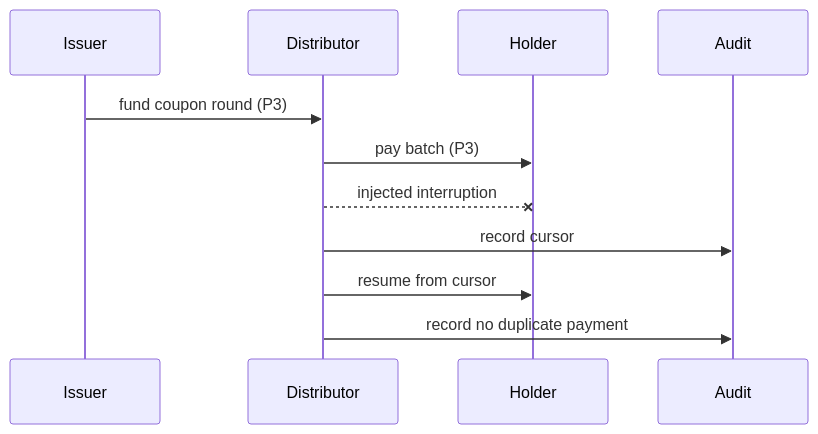
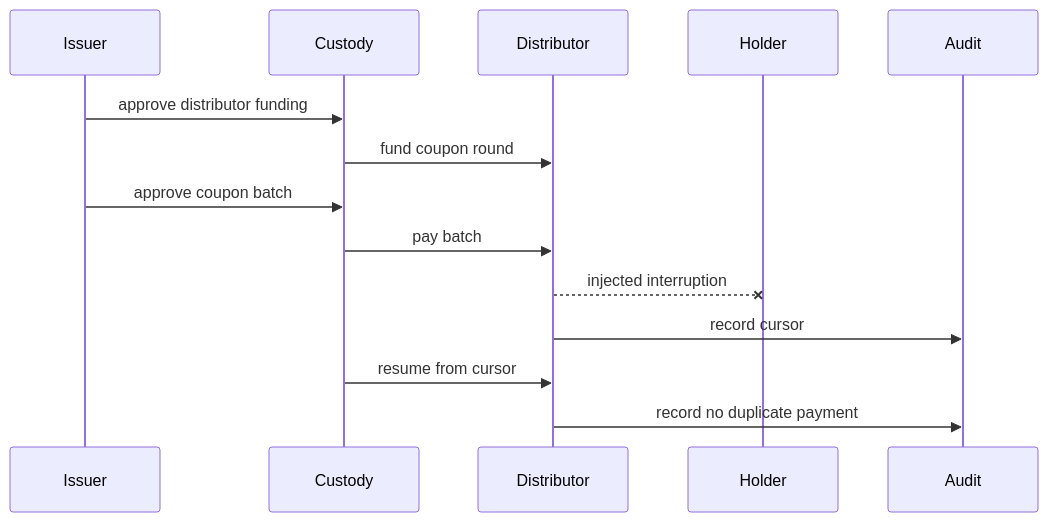
The fourth of 4 diagrams in ARCHITECTURE.md (vishnugovind10/tokenize-stack), drawn with Mermaid before and after one commit. The commit also changed other lines of this file and 9 other files, not shown here.

Commit message:
feat(coupon): route distributor batches through custody

````diff
--- a/ARCHITECTURE.md
+++ b/ARCHITECTURE.md
@@ -76,13 +76,16 @@
 ```mermaid
 sequenceDiagram
     participant Issuer
+    participant Custody
     participant Distributor
     participant Holder
     participant Audit
-    Issuer->>Distributor: fund coupon round (P3)
-    Distributor->>Holder: pay batch (P3)
+    Issuer->>Custody: approve distributor funding
+    Custody->>Distributor: fund coupon round
+    Issuer->>Custody: approve coupon batch
+    Custody->>Distributor: pay batch
     Distributor--xHolder: injected interruption
     Distributor->>Audit: record cursor
-    Distributor->>Holder: resume from cursor
+    Custody->>Distributor: resume from cursor
     Distributor->>Audit: record no duplicate payment
 ```
````
